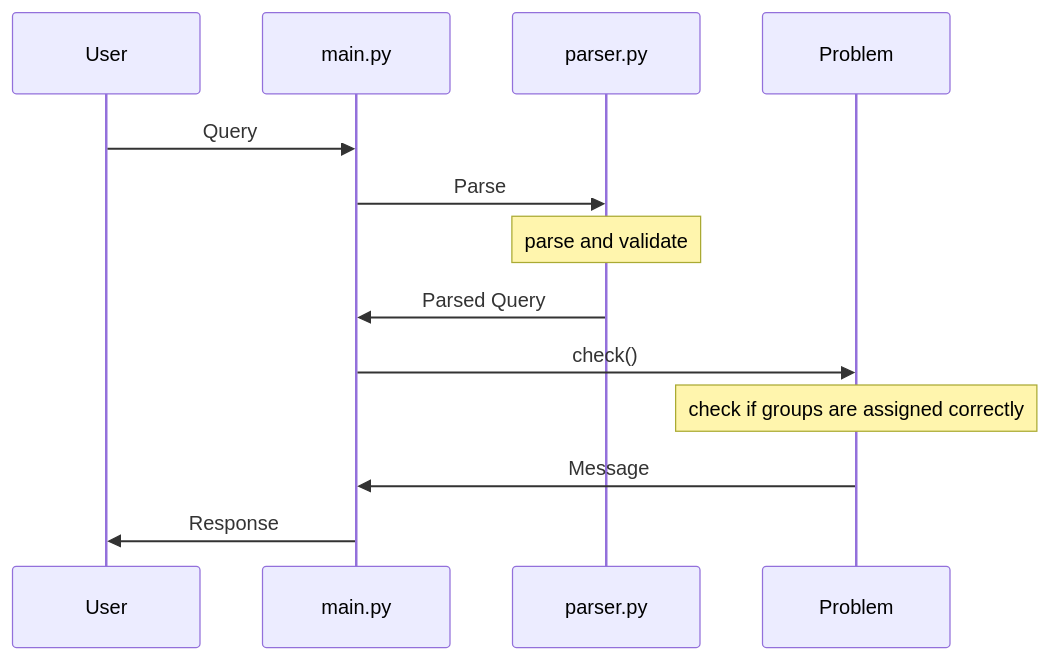
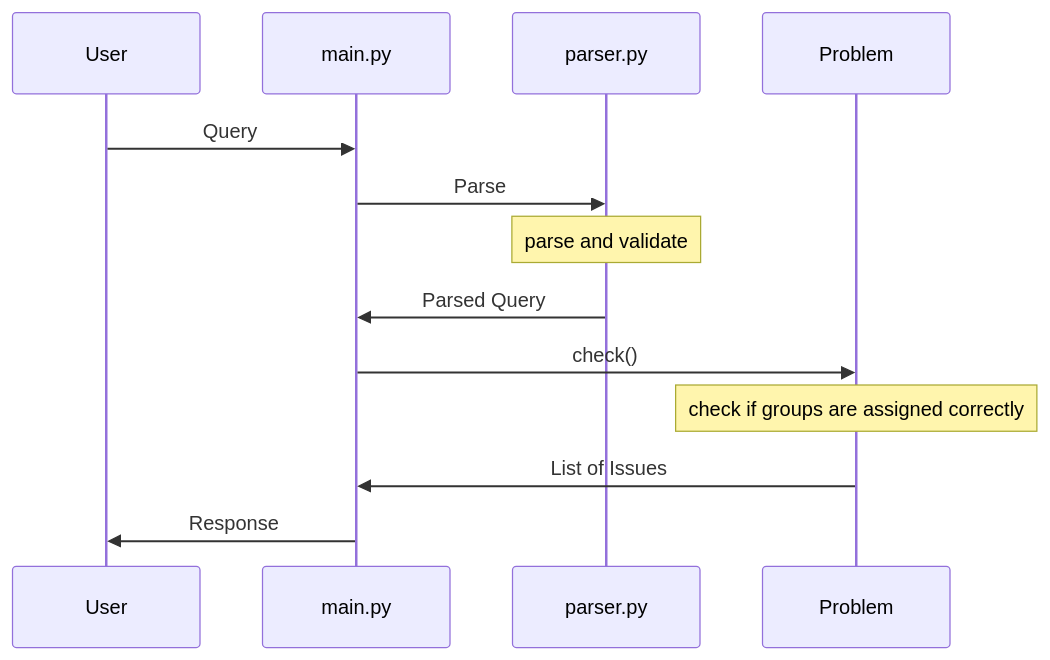
One commit to jakjank/class-scheduling-service changed the second of 2 diagrams in docs/architecture.md. Above: the diagram before and after it, drawn with Mermaid. The commit also changed other lines of this file, not shown here.

Commit message:
update sequence diagrams

````diff
--- a/docs/architecture.md
+++ b/docs/architecture.md
@@ -35,11 +35,11 @@
 ```mermaid
 sequenceDiagram
     User->>main.py: Query
     main.py->>parser.py: Parse
     Note over parser.py: parse and validate
     parser.py->>main.py: Parsed Query
     main.py->>Problem: check()
     Note over Problem: check if groups are assigned correctly
-    Problem->>main.py: Message
+    Problem->>main.py: List of Issues
     main.py->>User: Response
 ```
````
